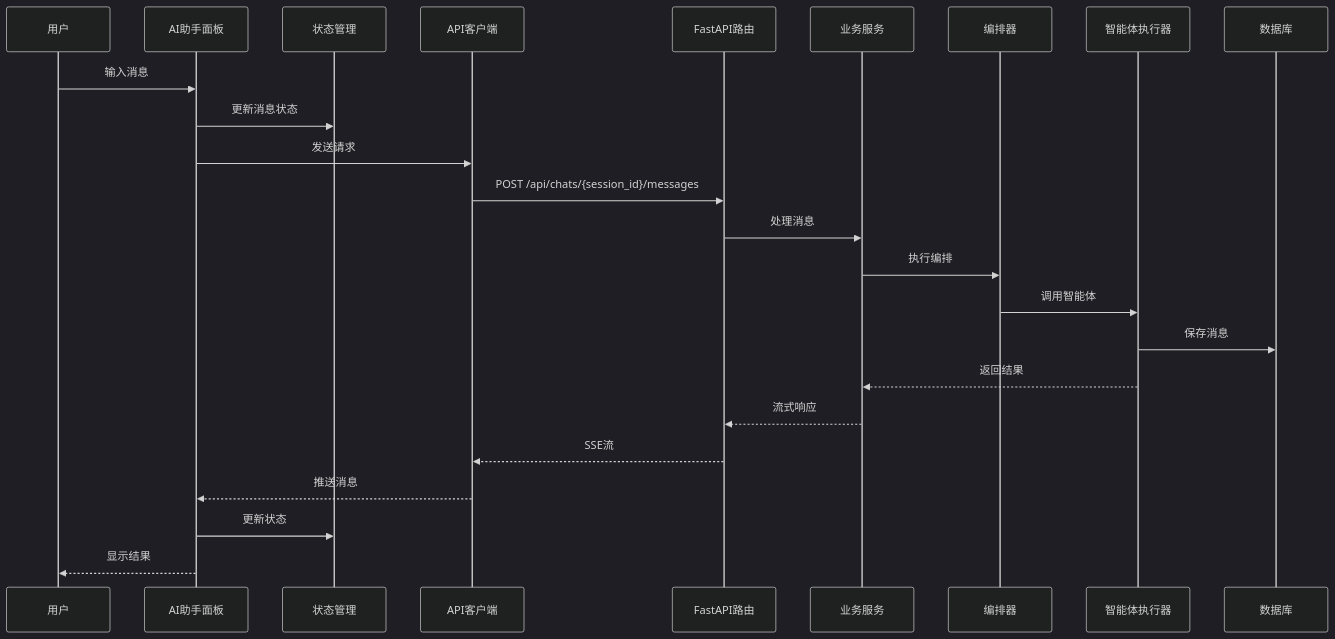
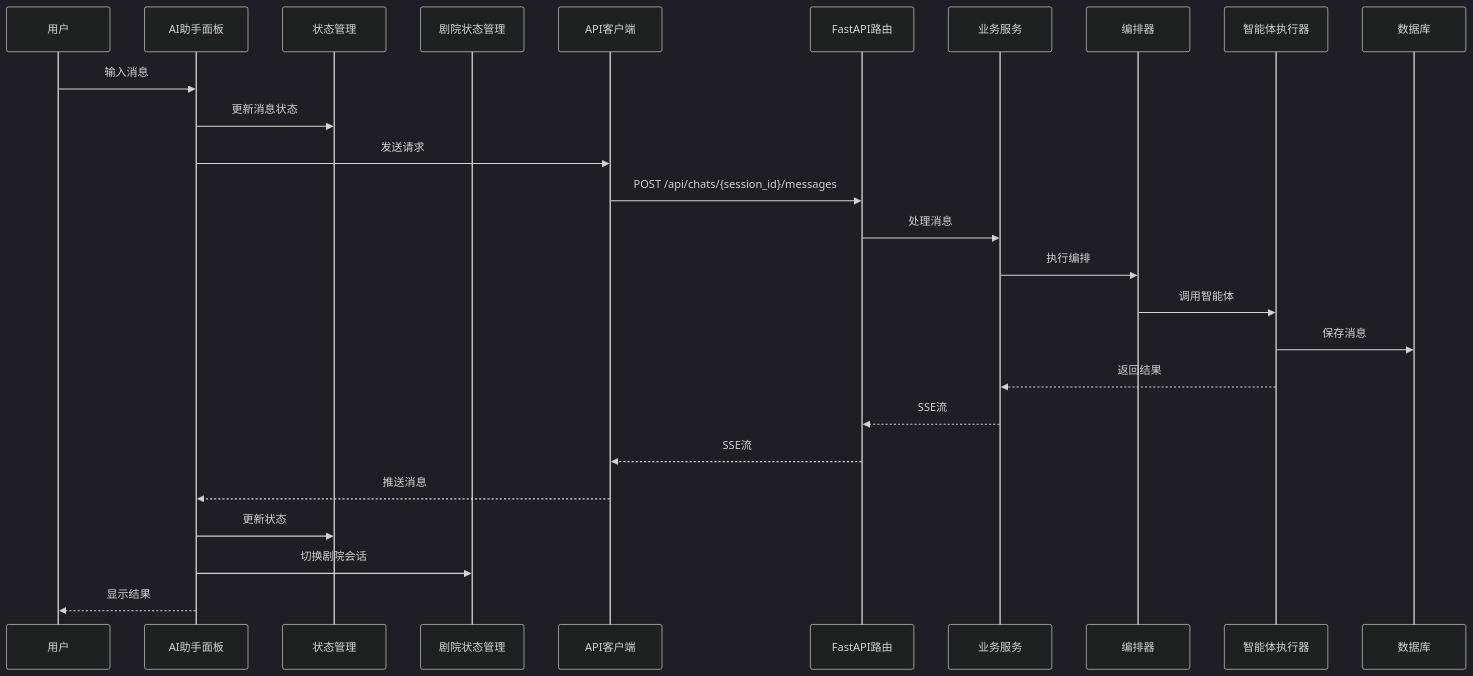
One commit to KunLabAI/KunFlix changed the fourth of 10 diagrams in .qoder/repowiki/zh/content/前端开发指南/AI助手面板增强.md. Above: the diagram before and after it, drawn with Mermaid (dark theme). The commit also changed other lines of this file and 11 other files, not shown here.

````diff
--- a/.qoder/repowiki/zh/content/前端开发指南/AI助手面板增强.md
+++ b/.qoder/repowiki/zh/content/前端开发指南/AI助手面板增强.md
@@ -173,26 +198,28 @@
 ```mermaid
 sequenceDiagram
 participant User as 用户
 participant Panel as AI助手面板
 participant Store as 状态管理
+participant TheaterStore as 剧院状态管理
 participant API as API客户端
 participant Router as FastAPI路由
 participant Service as 业务服务
 participant Orchestrator as 编排器
 participant Agent as 智能体执行器
 participant DB as 数据库
 User->>Panel : 输入消息
 Panel->>Store : 更新消息状态
 Panel->>API : 发送请求
 API->>Router : POST /api/chats/{session_id}/messages
 Router->>Service : 处理消息
 Service->>Orchestrator : 执行编排
 Orchestrator->>Agent : 调用智能体
 Agent->>DB : 保存消息
 Agent-->>Service : 返回结果
-Service-->>Router : 流式响应
+Service-->>Router : SSE流
 Router-->>API : SSE流
 API-->>Panel : 推送消息
 Panel->>Store : 更新状态
+Panel->>TheaterStore : 切换剧院会话
 Panel-->>User : 显示结果
 ```
````
